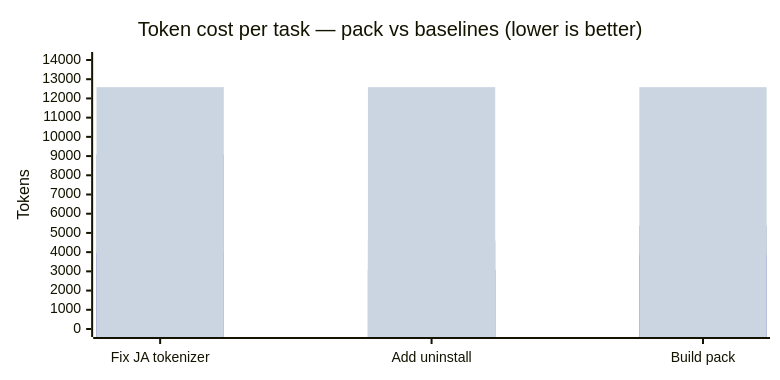
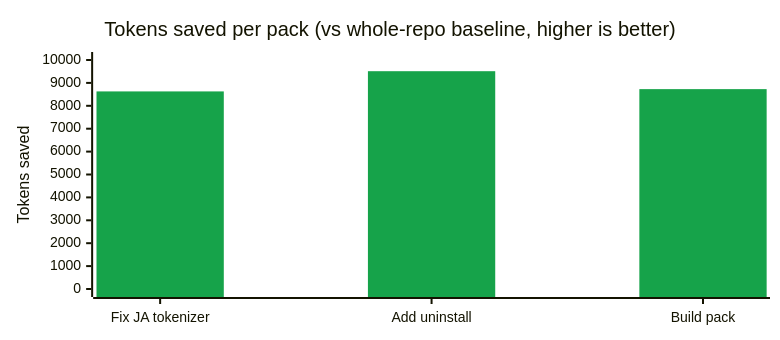
The diagram in README.md (maikoo811/token-ops), drawn with Mermaid before and after one commit.

Commit message:
Fix Mermaid chart — switch to single-series savings view
Mermaid xychart-beta does not yet support grouped multi-series bars;
declaring three bar series rendered them overlaid at the same x
position, so only the tallest (Whole repo, 12,587) was visible across
all three tasks.

Switched to a single-series chart of tokens saved per pack vs the
whole-repo baseline. Now each bar has a different, meaningful height.
The full multi-metric breakdown remains in the table just below.

````diff
--- a/README.md
+++ b/README.md
@@ -11,18 +11,16 @@
 ```mermaid
 ---
 config:
   xyChart:
     width: 760
-    height: 360
+    height: 320
   themeVariables:
     xyChart:
-      plotColorPalette: "#4f46e5, #94a3b8, #cbd5e1"
+      plotColorPalette: "#16a34a"
 ---
 xychart-beta
-  title "Token cost per task — pack vs baselines (lower is better)"
+  title "Tokens saved per pack (vs whole-repo baseline, higher is better)"
   x-axis ["Fix JA tokenizer", "Add uninstall", "Build pack"]
-  y-axis "Tokens" 0 --> 14000
-  bar "Token Ops pack" [3959, 3076, 3859]
-  bar "Selected files (full read)" [9078, 4588, 5369]
-  bar "Whole repo (upper bound)" [12587, 12587, 12587]
+  y-axis "Tokens saved" 0 --> 10000
+  bar [8628, 9511, 8728]
 ```
````
